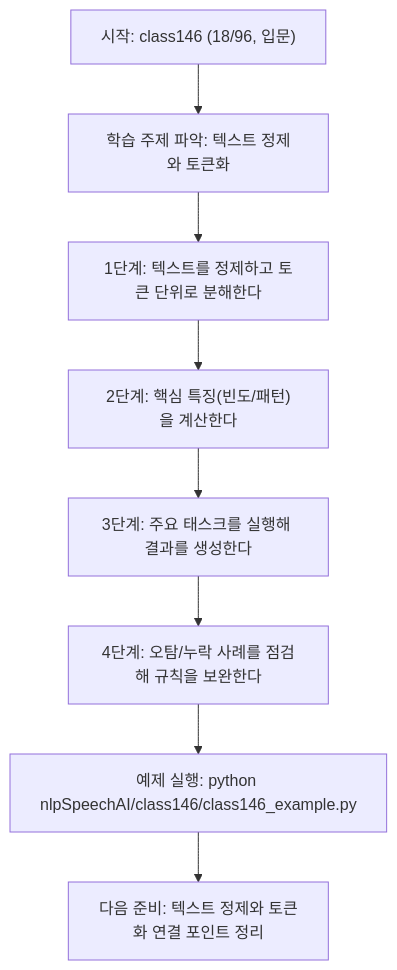
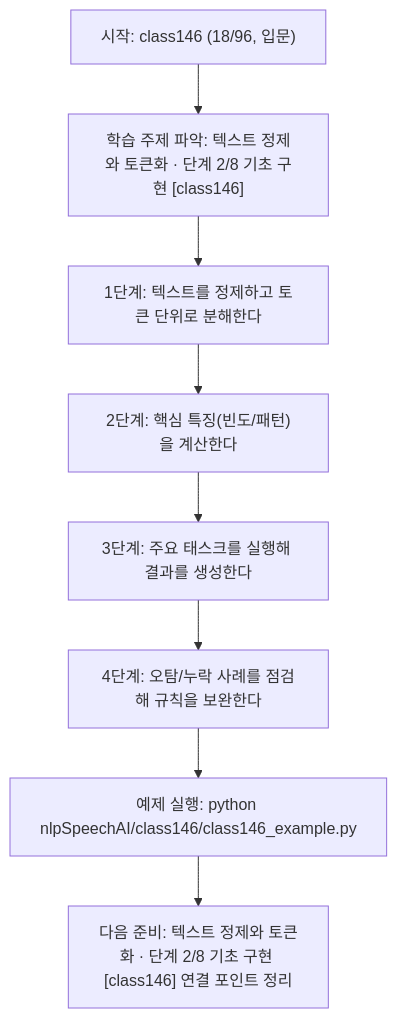
Before and after one commit to edumgt/Python-AI_Agent-Class: the diagram in nlpSpeechAI/class146/class146.md, drawn with Mermaid. The commit also changed other lines of this file and 522 other files, not shown here.

````diff
--- a/nlpSpeechAI/class146/class146.md
+++ b/nlpSpeechAI/class146/class146.md
@@ -113,18 +114,18 @@
 ```mermaid
 flowchart TD
 N1["시작: class146 (18/96, 입문)"]
-N2["학습 주제 파악: 텍스트 정제와 토큰화"]
+N2["학습 주제 파악: 텍스트 정제와 토큰화 · 단계 2/8 기초 구현 [class146]"]
 N3["1단계: 텍스트를 정제하고 토큰 단위로 분해한다"]
 N4["2단계: 핵심 특징(빈도/패턴)을 계산한다"]
 N5["3단계: 주요 태스크를 실행해 결과를 생성한다"]
 N6["4단계: 오탐/누락 사례를 점검해 규칙을 보완한다"]
 N7["예제 실행: python nlpSpeechAI/class146/class146_example.py"]
-N8["다음 준비: 텍스트 정제와 토큰화 연결 포인트 정리"]
+N8["다음 준비: 텍스트 정제와 토큰화 · 단계 2/8 기초 구현 [class146] 연결 포인트 정리"]
 N1 --> N2
 N2 --> N3
 N3 --> N4
 N4 --> N5
 N5 --> N6
 N6 --> N7
 N7 --> N8
 ```
````
